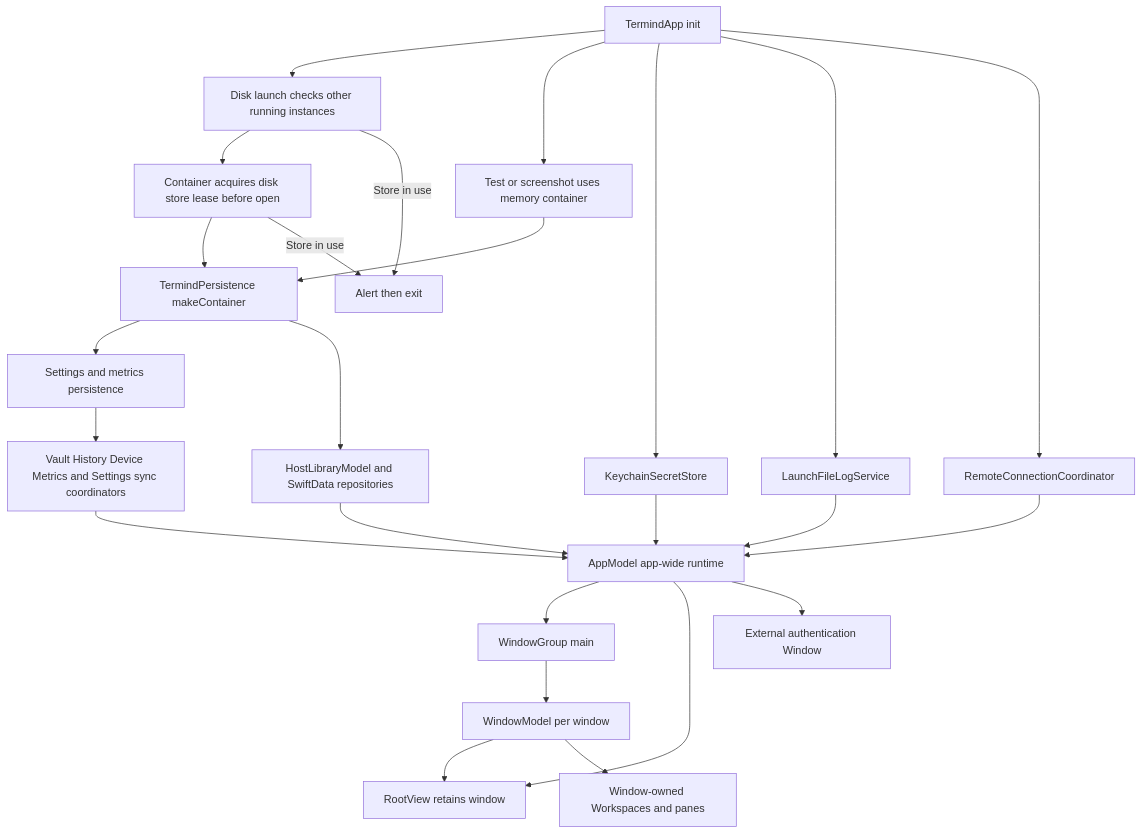
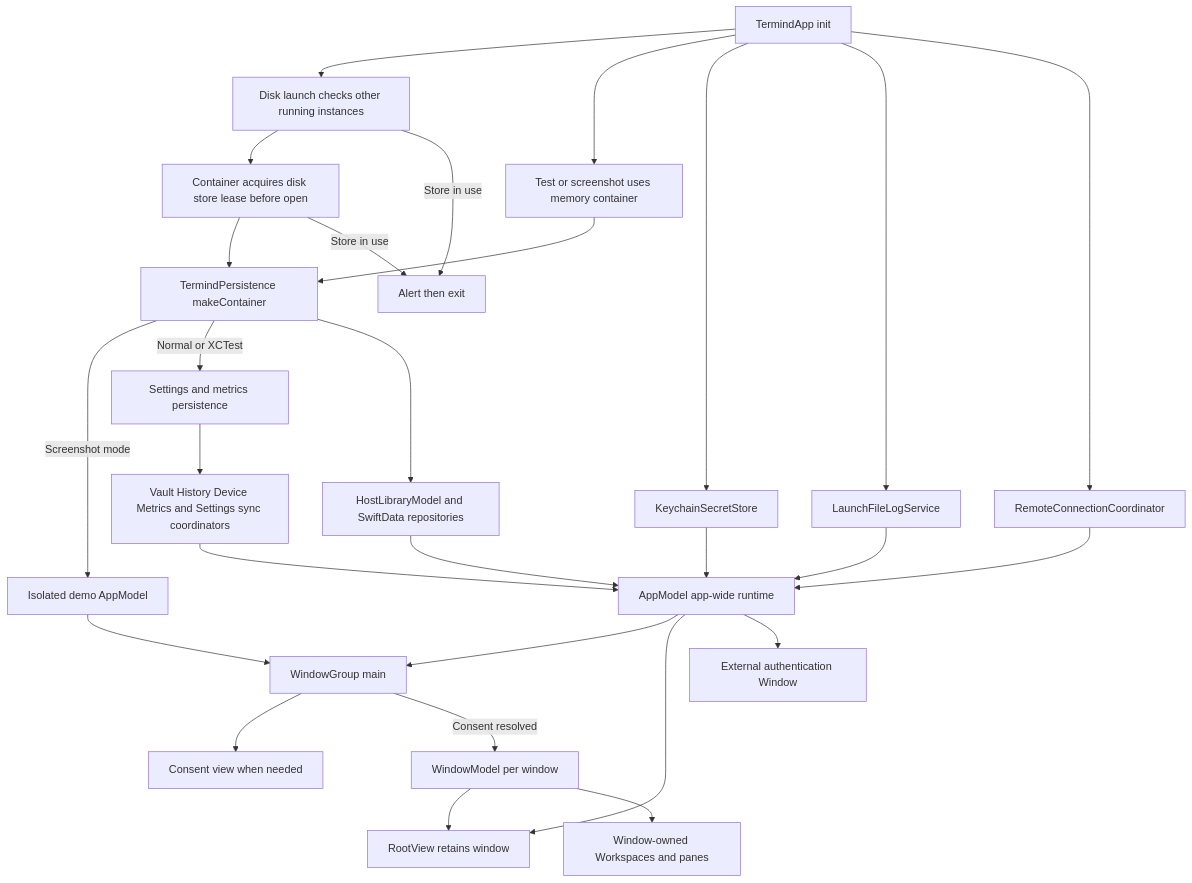
The second of 6 diagrams in openwiki/architecture/platform-runtime.md (AkinoKaede/Termind), drawn with Mermaid before and after one commit. The commit also changed other lines of this file and 56 other files, not shown here.

````diff
--- a/openwiki/architecture/platform-runtime.md
+++ b/openwiki/architecture/platform-runtime.md
@@ -141,27 +169,30 @@
 ```mermaid
 flowchart TD
     Launch["TermindApp init"] --> Guard["Disk launch checks other running instances"]
     Guard --> Lock["Container acquires disk store lease before open"]
     Lock --> Store["TermindPersistence makeContainer"]
     Launch --> Memory["Test or screenshot uses memory container"]
     Memory --> Store
     Guard -->|"Store in use"| Alert["Alert then exit"]
     Lock -->|"Store in use"| Alert
-    Store --> Persistence["Settings and metrics persistence"]
+    Store -->|"Screenshot mode"| Demo["Isolated demo AppModel"]
+    Store -->|"Normal or XCTest"| Persistence["Settings and metrics persistence"]
     Store --> Hosts["HostLibraryModel and SwiftData repositories"]
     Launch --> Secrets["KeychainSecretStore"]
     Launch --> Logging["LaunchFileLogService"]
     Launch --> Remote["RemoteConnectionCoordinator"]
     Persistence --> Sync["Vault History Device Metrics and Settings sync coordinators"]
     Hosts --> App["AppModel app-wide runtime"]
     Secrets --> App
     Logging --> App
     Remote --> App
     Sync --> App
-    App --> Group["WindowGroup main"]
-    Group --> Window["WindowModel per window"]
+    Demo --> Group["WindowGroup main"]
+    App --> Group
+    Group --> Consent["Consent view when needed"]
+    Group -->|"Consent resolved"| Window["WindowModel per window"]
     Window --> Root["RootView retains window"]
     App --> Root
     Window --> Workspace["Window-owned Workspaces and panes"]
     App --> AuthWindow["External authentication Window"]
 ```
````
